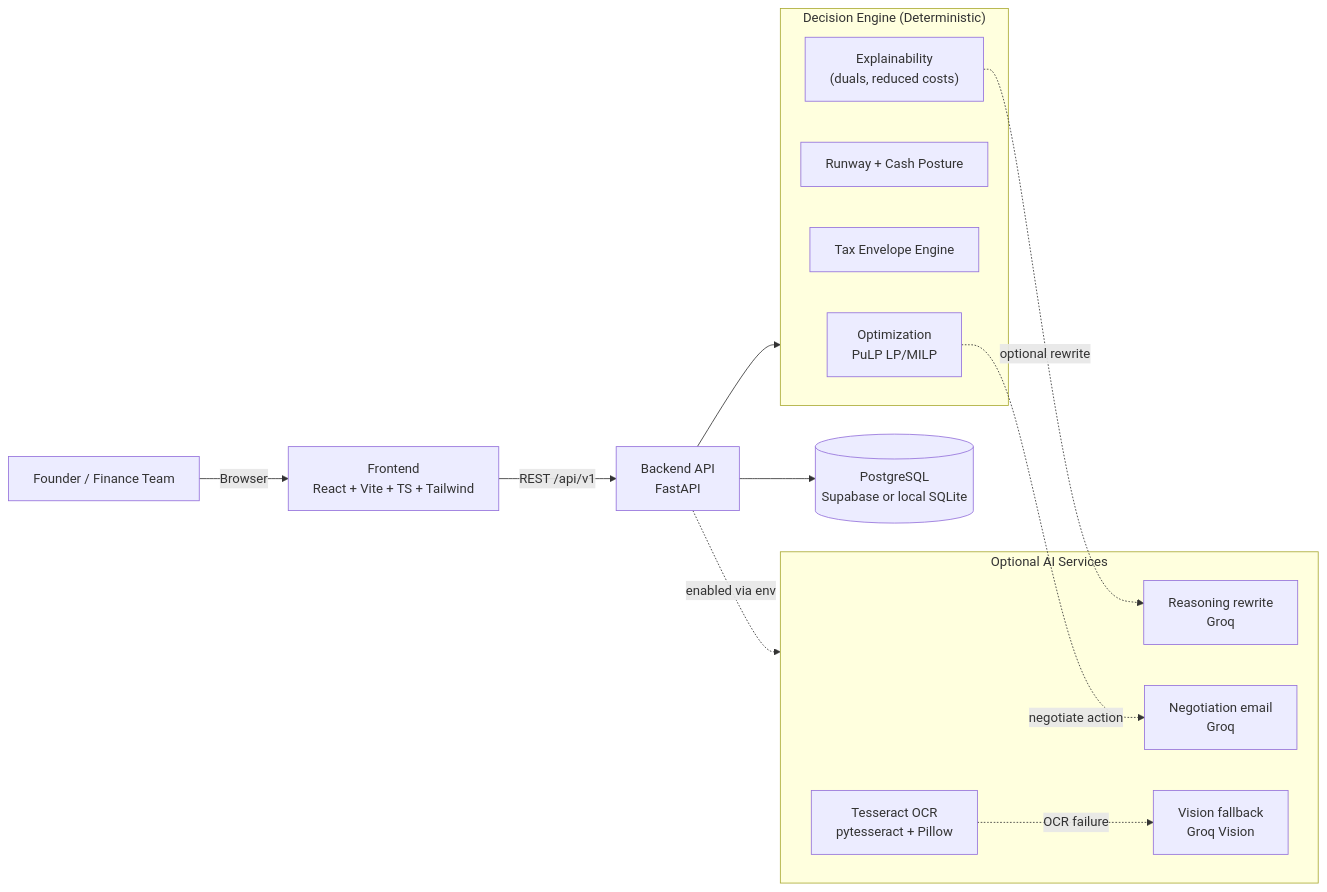
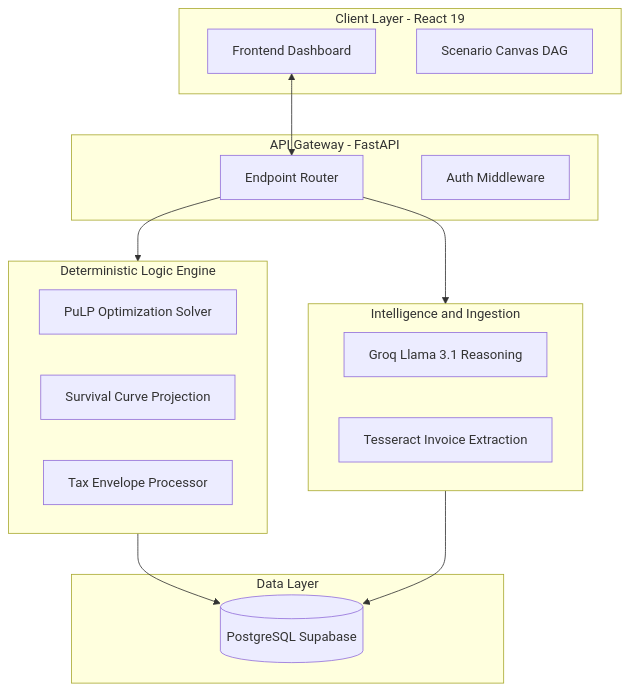
One commit to sadhumitha-s/FlowIQ changed the diagram in README.md. Above: the diagram before and after it, drawn with Mermaid. The commit also changed other lines of this file, not shown here.

````diff
--- a/README.md
+++ b/README.md
@@ -35,26 +65,33 @@
 ```mermaid
-flowchart LR
-  U[Founder / Finance Team] -->|Browser| FE[Frontend\nReact + Vite + TS + Tailwind]
-  FE -->|REST /api/v1| API[Backend API\nFastAPI]
+flowchart TD
+  subgraph Client_Layer[Client Layer - React 19]
+    FE[Frontend Dashboard]
+    Canvas[Scenario Canvas DAG]
+  end
 
-  API --> DB[(PostgreSQL\nSupabase or local SQLite)]
+  subgraph API_Layer[API Gateway - FastAPI]
+    Router[Endpoint Router]
+    Auth[Auth Middleware]
+  end
 
-  subgraph Engine["Decision Engine (Deterministic)"]
-    OPT[Optimization\nPuLP LP/MILP]
-    RUN[Runway + Cash Posture]
-    TAX[Tax Envelope Engine]
-    EXPL["Explainability\n(duals, reduced costs)"]
+  subgraph Processing_Engine[Deterministic Logic Engine]
+    MILP[PuLP Optimization Solver]
+    Runway[Survival Curve Projection]
+    Tax[Tax Envelope Processor]
   end
-  API --> Engine
 
-  subgraph AI["Optional AI Services"]
-    REAS[Reasoning rewrite\nGroq]
-    NEG[Negotiation email\nGroq]
-    OCR[Tesseract OCR\npytesseract + Pillow]
-    VIS[Vision fallback\nGroq Vision]
+  subgraph Intelligence_Layer[Intelligence and Ingestion]
+    LLM[Groq Llama 3.1 Reasoning]
+    OCR[Tesseract Invoice Extraction]
   end
-  API -. enabled via env .-> AI
-  OCR -. OCR failure .-> VIS
-  EXPL -. optional rewrite .-> REAS
-  OPT -. negotiate action .-> NEG
+
+  subgraph Persistence[Data Layer]
+    DB[(PostgreSQL Supabase)]
+  end
+
+  FE <--> Router
+  Router --> Processing_Engine
+  Router --> Intelligence_Layer
+  Processing_Engine --> DB
+  Intelligence_Layer --> DB
 ```
````
